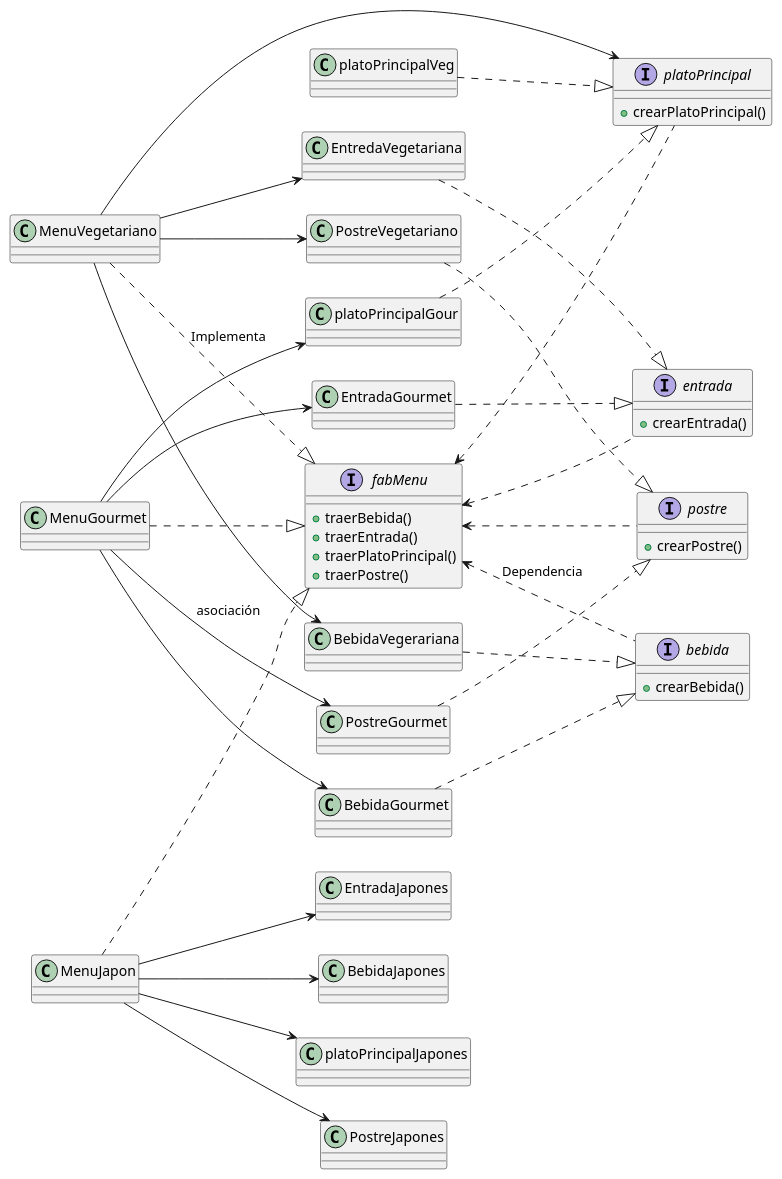
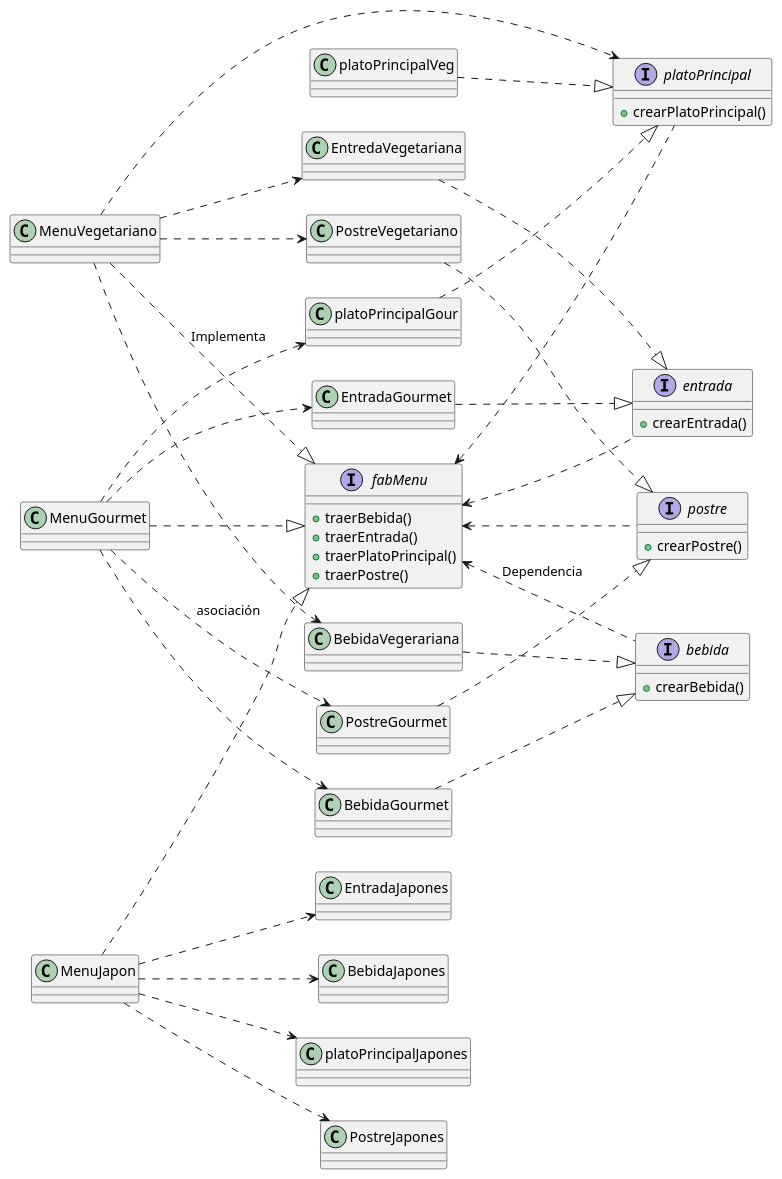
One commit to Ag-Tachyon/Restaurante-Modelos changed the diagram in finalUml.Plantuml. Above: the diagram before and after it, drawn with PlantUML. The commit also changed 1 other file, not shown here.

Commit message:
Corrigiendo uml

```diff
--- a/finalUml.Plantuml
+++ b/finalUml.Plantuml
@@ -1,111 +1,111 @@
 @startuml
 
 left to right direction
 
 
 interface fabMenu{
     + traerBebida()
     + traerEntrada()
     + traerPlatoPrincipal()
     + traerPostre()
 }
 
 interface bebida{
     + crearBebida()
 }
 
 interface entrada{
     + crearEntrada()
 }
 
 interface platoPrincipal{
     + crearPlatoPrincipal()
 }
 
 interface postre{
     + crearPostre()
 }
 
 fabMenu <.. bebida : Dependencia
 fabMenu <.. entrada
 fabMenu <.. platoPrincipal
 fabMenu <.. postre
 
 class MenuVegetariano{
 }
 
 class MenuGourmet{
 }
 
 class MenuJapon{
 }
 
 MenuVegetariano ..|> fabMenu : Implementa
 MenuGourmet ..|> fabMenu
 MenuJapon ..|> fabMenu
 
 class EntredaVegetariana{
 }
 
 class BebidaVegerariana{
 }
 
 class platoPrincipalVeg{
 }
 
 class PostreVegetariano{
 }
 
 EntredaVegetariana ..|> entrada 
 BebidaVegerariana ..|> bebida 
 platoPrincipalVeg ..|> platoPrincipal
 PostreVegetariano ..|> postre
 
-MenuVegetariano --> BebidaVegerariana
-MenuVegetariano --> PostreVegetariano
-MenuVegetariano --> EntredaVegetariana
-MenuVegetariano --> platoPrincipal
+MenuVegetariano ..> BebidaVegerariana
+MenuVegetariano ..> PostreVegetariano
+MenuVegetariano ..> EntredaVegetariana
+MenuVegetariano ..> platoPrincipal
 
 class BebidaGourmet{
 }
 
 class EntradaGourmet{
 }
 
 class platoPrincipalGour{
 }
 
 class PostreGourmet{
 }
 
 EntradaGourmet ..|> entrada 
 BebidaGourmet ..|> bebida 
 platoPrincipalGour ..|> platoPrincipal
 PostreGourmet ..|> postre
 
-MenuGourmet --> BebidaGourmet
-MenuGourmet --> PostreGourmet : asociación
-MenuGourmet --> EntradaGourmet
-MenuGourmet --> platoPrincipalGour
+MenuGourmet ..> BebidaGourmet
+MenuGourmet ..> PostreGourmet : asociación
+MenuGourmet ..> EntradaGourmet
+MenuGourmet ..> platoPrincipalGour
 
 
 class EntradaJapones{
 }
 
 class BebidaJapones{
 }
 
 class platoPrincipalJapones{
 }
 
 class PostreJapones{
 }
 
 
-MenuJapon --> BebidaJapones
-MenuJapon --> PostreJapones
-MenuJapon --> EntradaJapones
-MenuJapon --> platoPrincipalJapones
+MenuJapon ..> BebidaJapones
+MenuJapon ..> PostreJapones
+MenuJapon ..> EntradaJapones
+MenuJapon ..> platoPrincipalJapones
 
 
 @enduml
```
